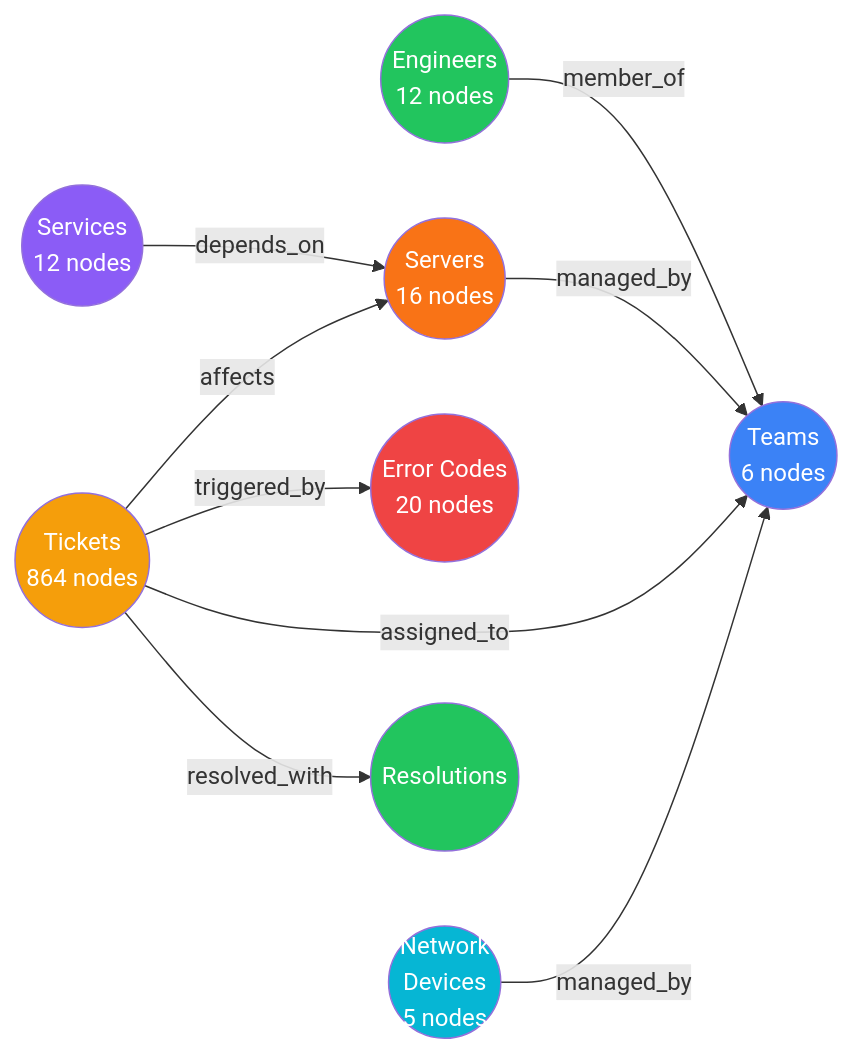
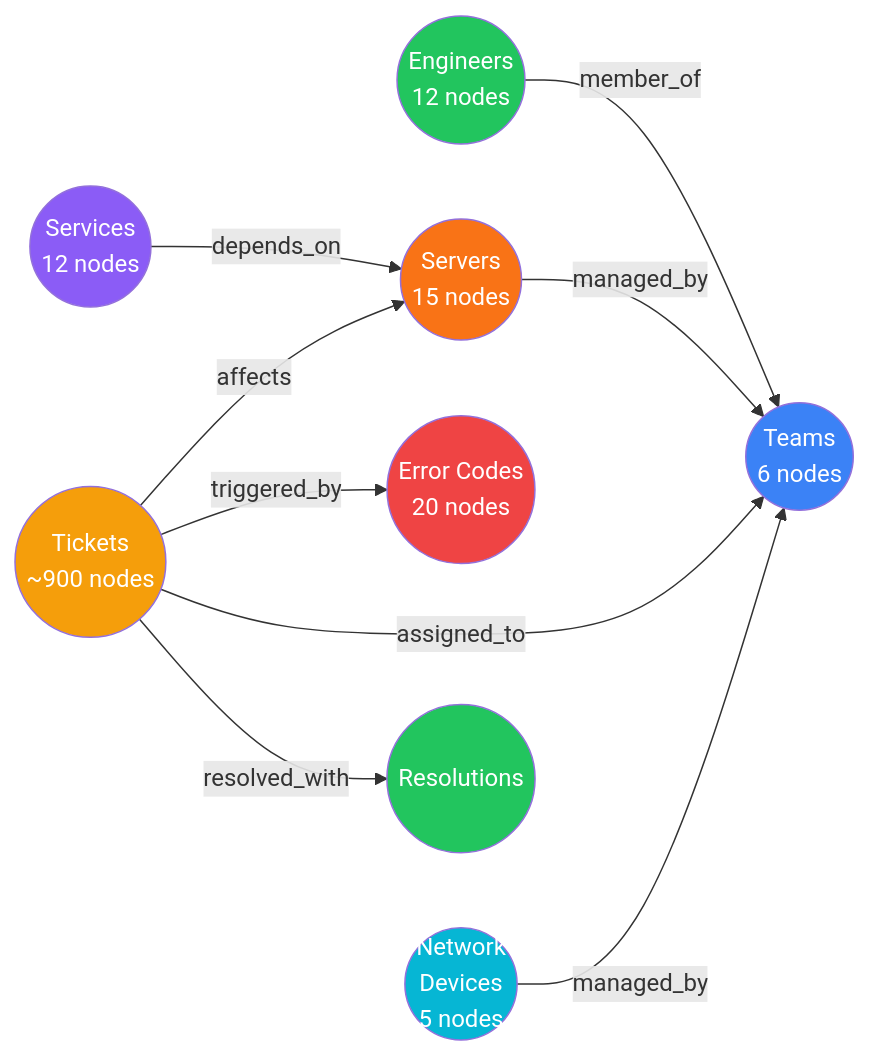
The fourth of 6 diagrams in docs/diagrams/README.md (arif-asadullah/AI-Ticket-Routing), drawn with Mermaid before and after one commit. The commit also changed other lines of this file and 24 other files, not shown here.

````diff
--- a/docs/diagrams/README.md
+++ b/docs/diagrams/README.md
@@ -124,28 +124,28 @@
 ```mermaid
 graph LR
     Teams((Teams\n6 nodes))
     Engineers((Engineers\n12 nodes))
-    Servers((Servers\n16 nodes))
+    Servers((Servers\n15 nodes))
     Services((Services\n12 nodes))
-    Tickets((Tickets\n864 nodes))
+    Tickets((Tickets\n~900 nodes))
     ErrorCodes((Error Codes\n20 nodes))
     NetDevices((Network\nDevices\n5 nodes))
 
     Engineers -->|member_of| Teams
     Servers -->|managed_by| Teams
     Services -->|depends_on| Servers
     Tickets -->|assigned_to| Teams
     Tickets -->|affects| Servers
     Tickets -->|triggered_by| ErrorCodes
     Tickets -->|resolved_with| Resolutions((Resolutions))
     NetDevices -->|managed_by| Teams
 
     style Teams fill:#3b82f6,color:#fff
     style Engineers fill:#22c55e,color:#fff
     style Servers fill:#F97316,color:#fff
     style Services fill:#8b5cf6,color:#fff
     style Tickets fill:#f59e0b,color:#fff
     style ErrorCodes fill:#ef4444,color:#fff
     style NetDevices fill:#06b6d4,color:#fff
     style Resolutions fill:#22c55e,color:#fff
 ```
````
